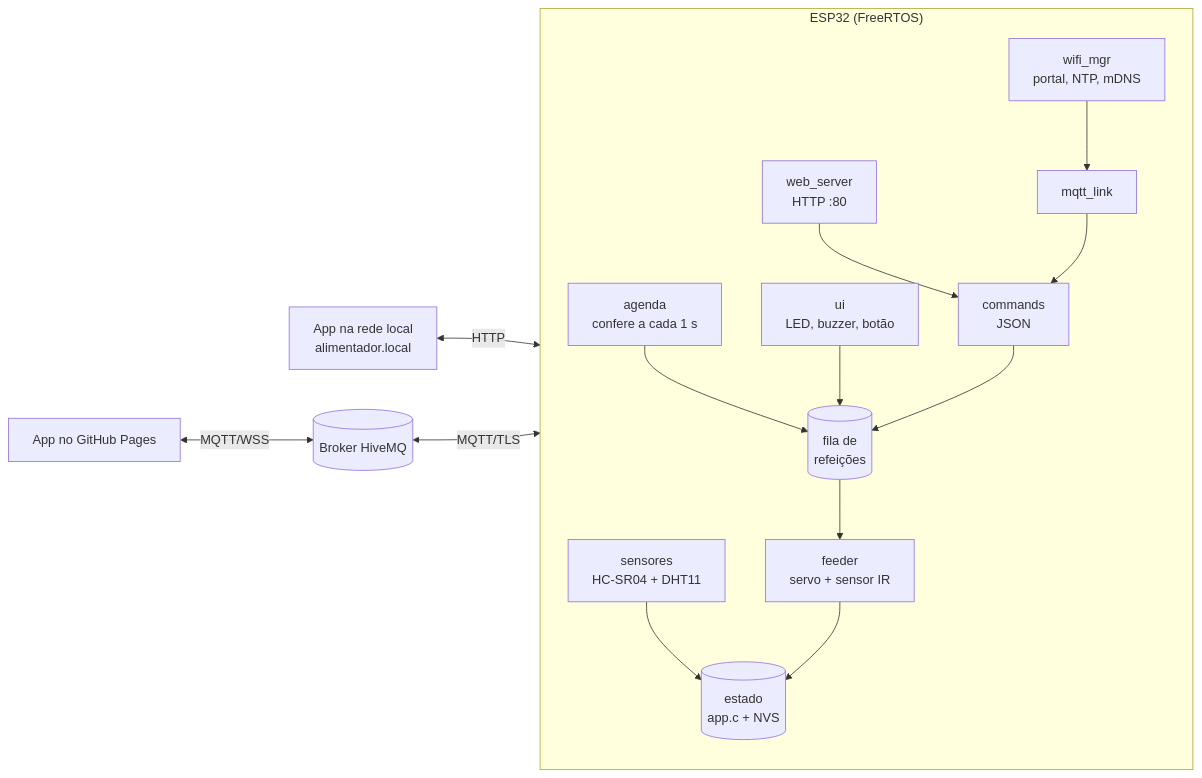
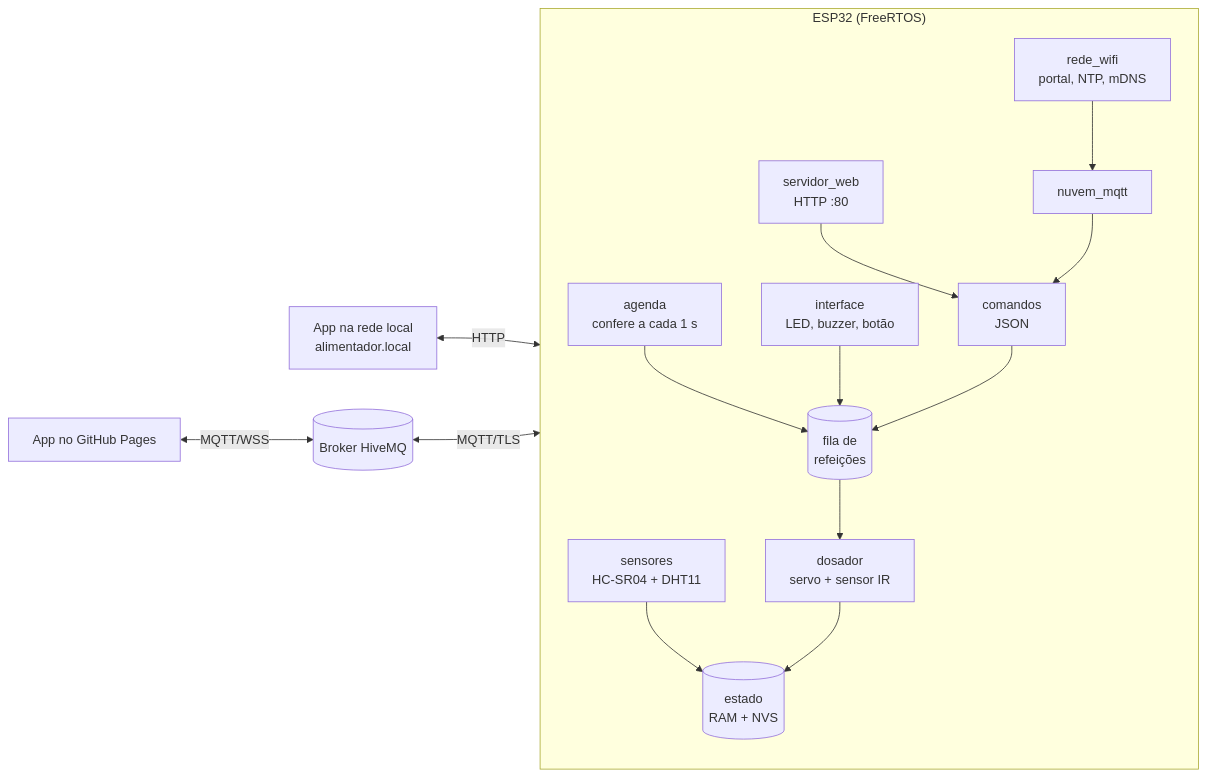
Before and after one commit to arthurlleite/lulu-alimentador: the diagram in firmware/README.md, drawn with Mermaid. The commit also changed other lines of this file and 47 other files, not shown here.

````diff
--- a/firmware/README.md
+++ b/firmware/README.md
@@ -71,18 +71,18 @@
 ```mermaid
 flowchart LR
   subgraph ESP32["ESP32 (FreeRTOS)"]
     direction TB
-    SCH[agenda<br/>confere a cada 1 s] --> Q[(fila de<br/>refeições)]
-    UI[ui<br/>LED, buzzer, botão] --> Q
-    CMD[commands<br/>JSON] --> Q
-    Q --> FEED[feeder<br/>servo + sensor IR]
-    SEN[sensores<br/>HC-SR04 + DHT11] --> ST[(estado<br/>app.c + NVS)]
-    FEED --> ST
-    WEB[web_server<br/>HTTP :80] --> CMD
-    MQ[mqtt_link] --> CMD
-    WIFI[wifi_mgr<br/>portal, NTP, mDNS] --> MQ
+    AG[agenda<br/>confere a cada 1 s] --> F[(fila de<br/>refeições)]
+    IF[interface<br/>LED, buzzer, botão] --> F
+    CMD[comandos<br/>JSON] --> F
+    F --> DOS[dosador<br/>servo + sensor IR]
+    SEN[sensores<br/>HC-SR04 + DHT11] --> EST[(estado<br/>RAM + NVS)]
+    DOS --> EST
+    WEB[servidor_web<br/>HTTP :80] --> CMD
+    MQ[nuvem_mqtt] --> CMD
+    WIFI[rede_wifi<br/>portal, NTP, mDNS] --> MQ
   end
   APPL[App na rede local<br/>alimentador.local] <-->|HTTP| WEB
   APPR[App no GitHub Pages] <-->|MQTT/WSS| BROKER[(Broker HiveMQ)]
   BROKER <-->|MQTT/TLS| MQ
 ```
````
